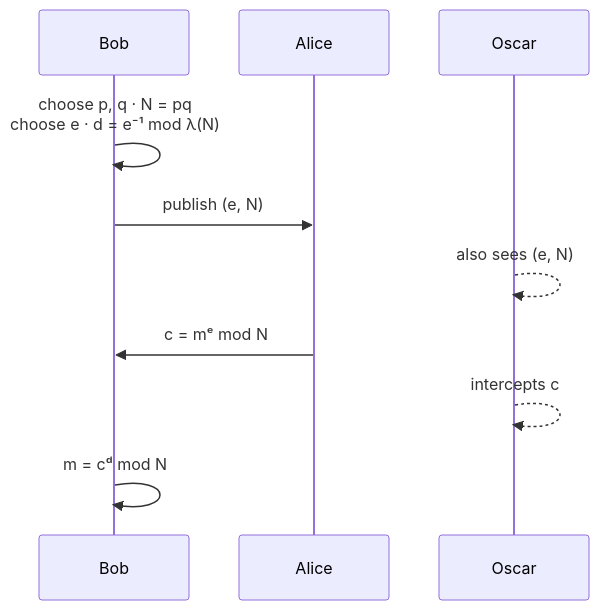
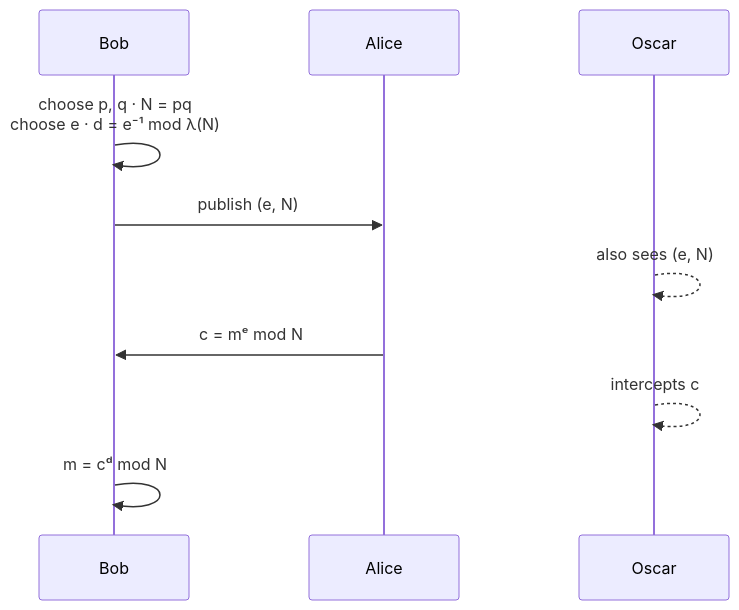
One commit to matteogiorgi/wiener changed the second of 3 diagrams in README.md. Above: the diagram before and after it, drawn with Mermaid. The commit also changed other lines of this file, not shown here.

````diff
--- a/README.md
+++ b/README.md
@@ -103,12 +103,18 @@
 ```mermaid
+---
+config:
+  sequence:
+    actorMargin: 120
+    diagramMarginX: 80
+---
 sequenceDiagram
     participant B as Bob
     participant A as Alice
     participant O as Oscar
     B->>B: choose p, q · N = pq<br/>choose e · d = e⁻¹ mod λ(N)
     B->>A: publish (e, N)
     O-->>O: also sees (e, N)
     A->>B: c = mᵉ mod N
     O-->>O: intercepts c
     B->>B: m = cᵈ mod N
 ```
````
